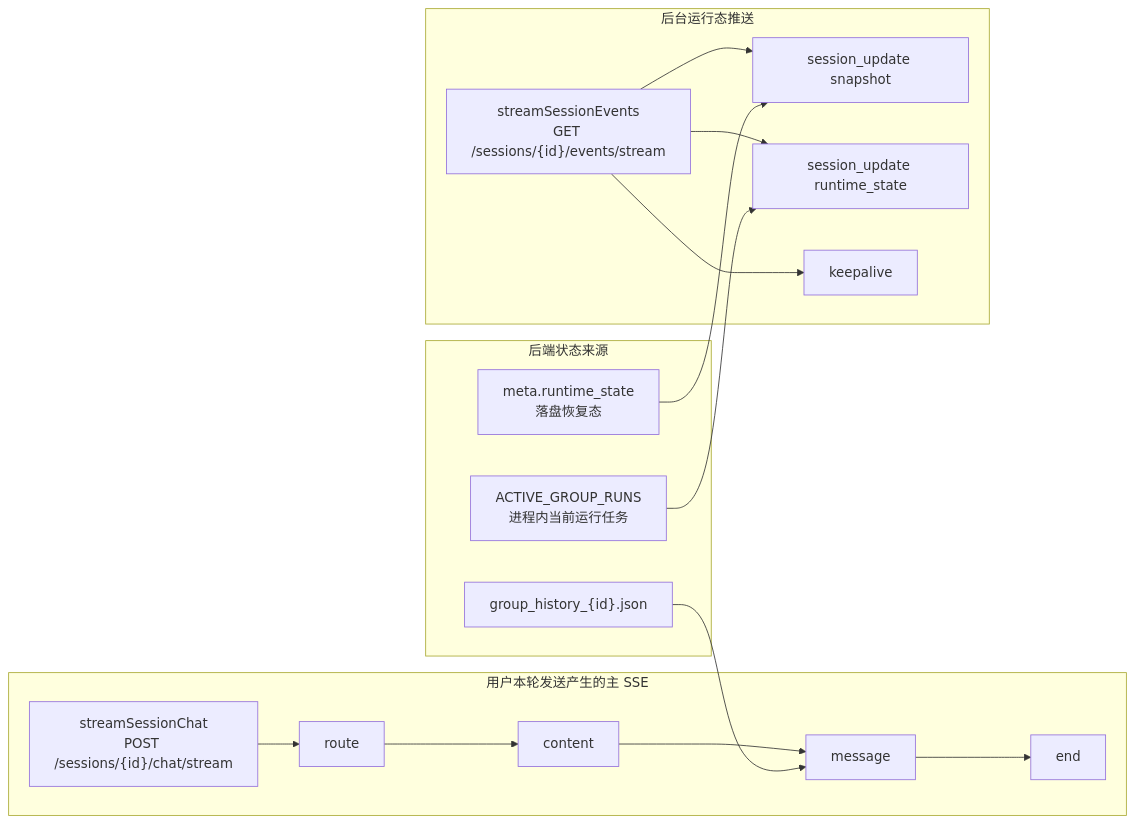
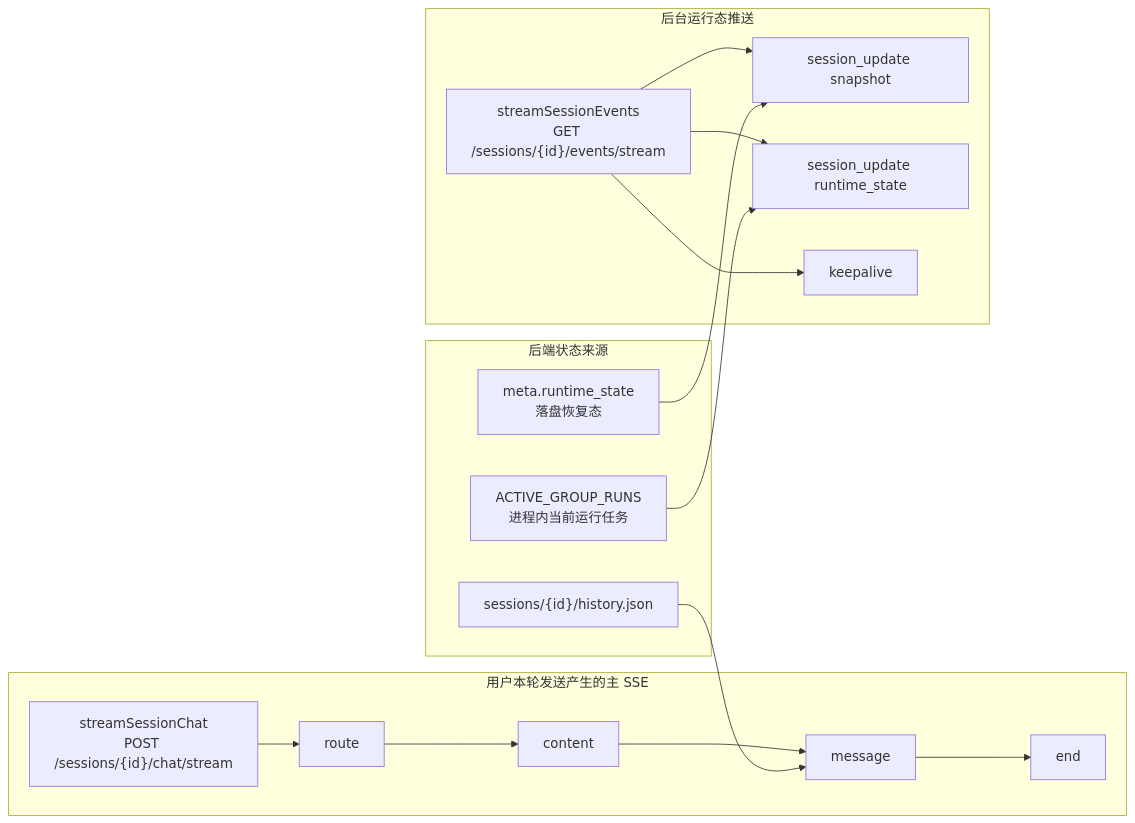
Before and after one commit to gaoguodong03/shichai: the fifth of 8 diagrams in docs/architecture/interface-map.md, drawn with Mermaid. The commit also changed other lines of this file and 56 other files, not shown here.

````diff
--- a/docs/architecture/interface-map.md
+++ b/docs/architecture/interface-map.md
@@ -602,31 +601,31 @@
 ```mermaid
 flowchart LR
   subgraph MainStream["用户本轮发送产生的主 SSE"]
     Send["streamSessionChat<br/>POST /sessions/{id}/chat/stream"]
     Route["route"]
     Content["content"]
     Message["message"]
     End["end"]
   end
 
   subgraph PushStream["后台运行态推送"]
     Events["streamSessionEvents<br/>GET /sessions/{id}/events/stream"]
     Snapshot["session_update snapshot"]
     Runtime["session_update runtime_state"]
     KeepAlive["keepalive"]
   end
 
   subgraph State["后端状态来源"]
     Active["ACTIVE_GROUP_RUNS<br/>进程内当前运行任务"]
     Stored["meta.runtime_state<br/>落盘恢复态"]
-    History["group_history_{id}.json"]
+    History["sessions/{id}/history.json"]
   end
 
   Send --> Route --> Content --> Message --> End
   Events --> Snapshot
   Events --> Runtime
   Events --> KeepAlive
   Active --> Runtime
   Stored --> Snapshot
   History --> Message
 ```
````
